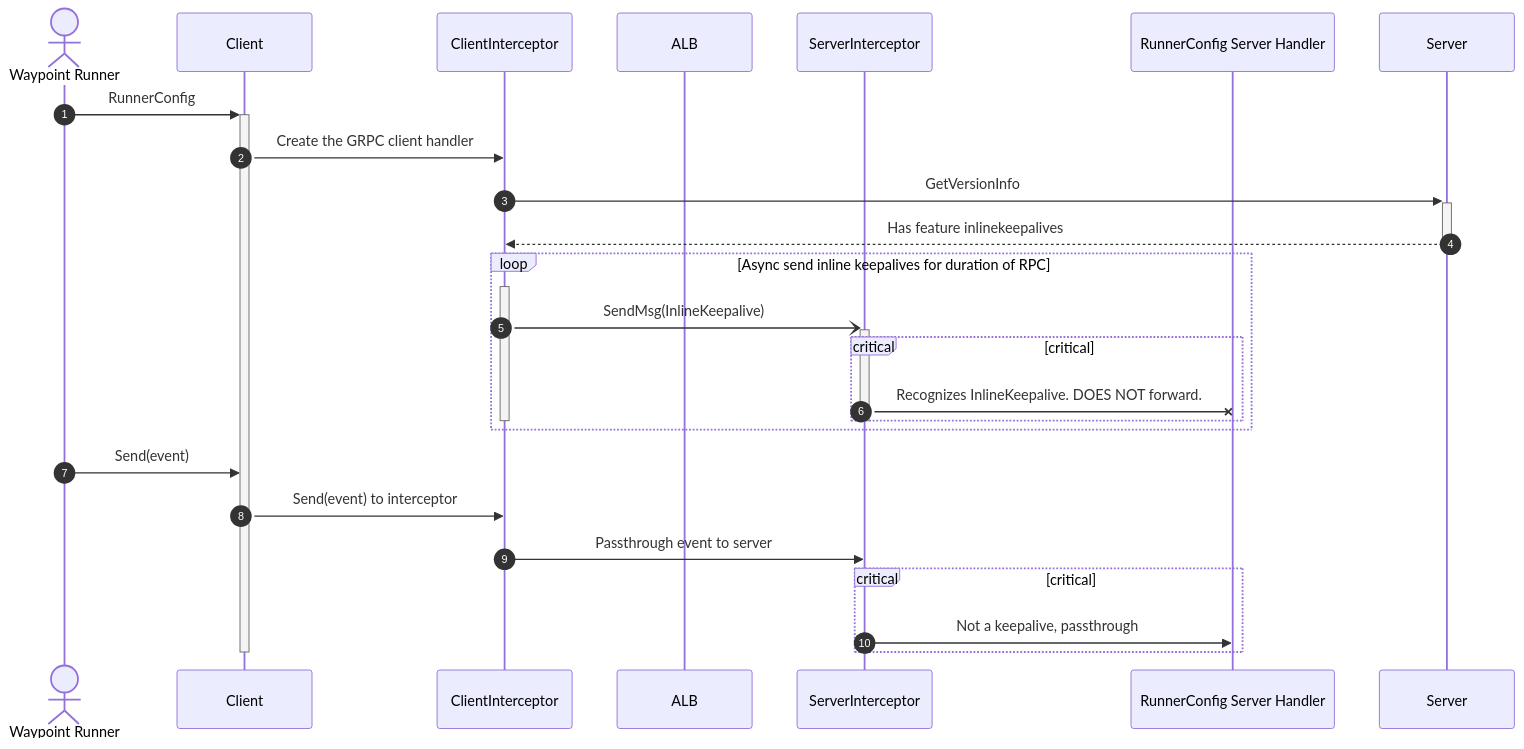
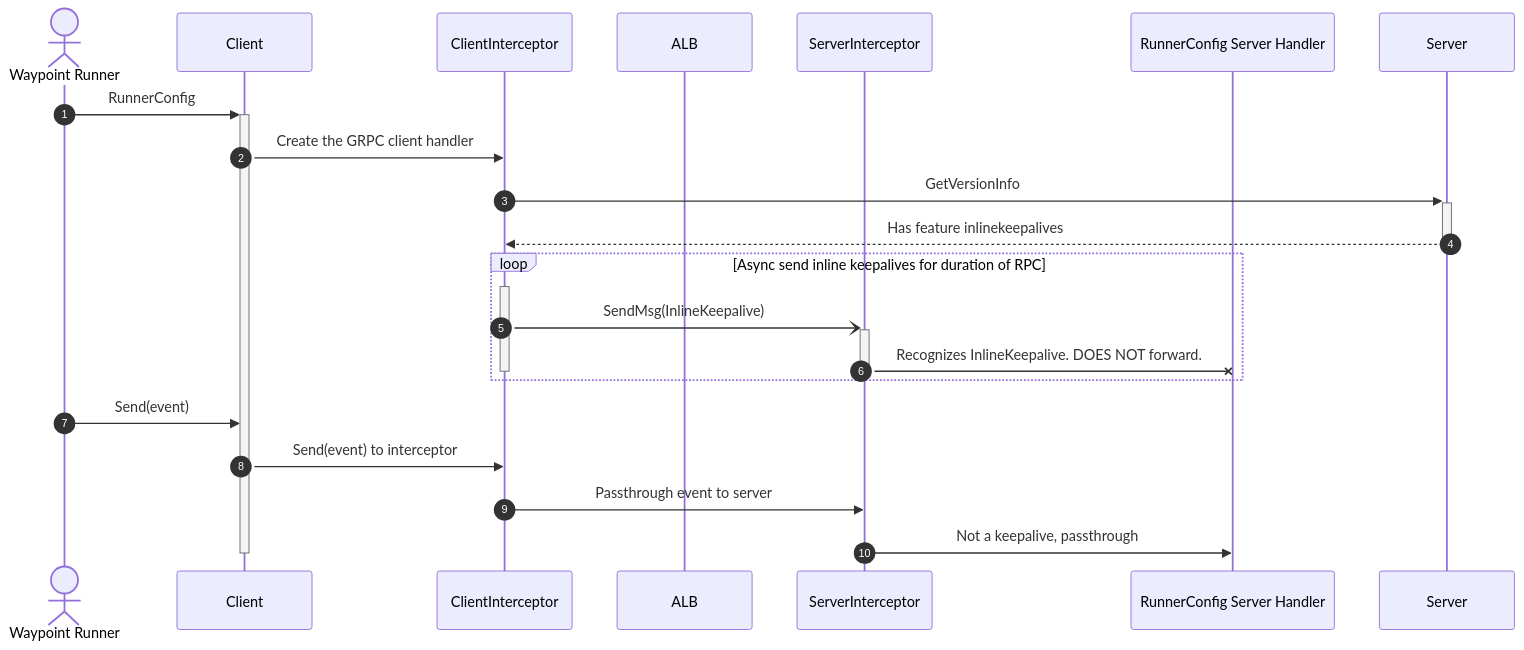
One commit to hashicorp/waypoint changed the first of 2 diagrams in pkg/inlinekeepalive/README.md. Above: the diagram before and after it, drawn with Mermaid. The commit also changed other lines of this file, not shown here.

Commit message:
Make critical region compatible with github mermaid

````diff
--- a/pkg/inlinekeepalive/README.md
+++ b/pkg/inlinekeepalive/README.md
@@ -13,47 +13,46 @@
 ```mermaid
 sequenceDiagram
 autonumber
 
 actor Waypoint Runner
 participant Client
 participant ClientInterceptor
 participant ALB
 participant ServerInterceptor
 participant RunnerConfig Server Handler
 participant Server
 
 
 Waypoint Runner ->> +Client: RunnerConfig
 
 %% Unnecessary detail
 %% Client ->> ServerInterceptor: Open connection for RunnerConfig
 %% ServerInterceptor -x ClientInterceptor: Not a ServerStream - DOES NOT send keepalives
 
 Client ->> ClientInterceptor: Create the GRPC client handler
 
 ClientInterceptor ->> +Server: GetVersionInfo
 
 Server -->> -ClientInterceptor: Has feature inlinekeepalives
 
 loop Async send inline keepalives for duration of RPC
     activate ClientInterceptor
     ClientInterceptor -) +ServerInterceptor: SendMsg(InlineKeepalive)
 
-    critical critical
-        ServerInterceptor -x RunnerConfig Server Handler: Recognizes InlineKeepalive. DOES NOT forward.
-    end
+    %% Critical
+    ServerInterceptor -x RunnerConfig Server Handler: Recognizes InlineKeepalive. DOES NOT forward.
+   
     deactivate ServerInterceptor
     deactivate ClientInterceptor
 end
 
 Waypoint Runner ->> Client: Send(event)
 Client ->> ClientInterceptor: Send(event) to interceptor
 ClientInterceptor ->> ServerInterceptor: Passthrough event to server
 
-critical critical
-    ServerInterceptor ->> RunnerConfig Server Handler: Not a keepalive, passthrough
-end
+%% Critical
+ServerInterceptor ->> RunnerConfig Server Handler: Not a keepalive, passthrough
 
 deactivate Client
 
 ```
````
